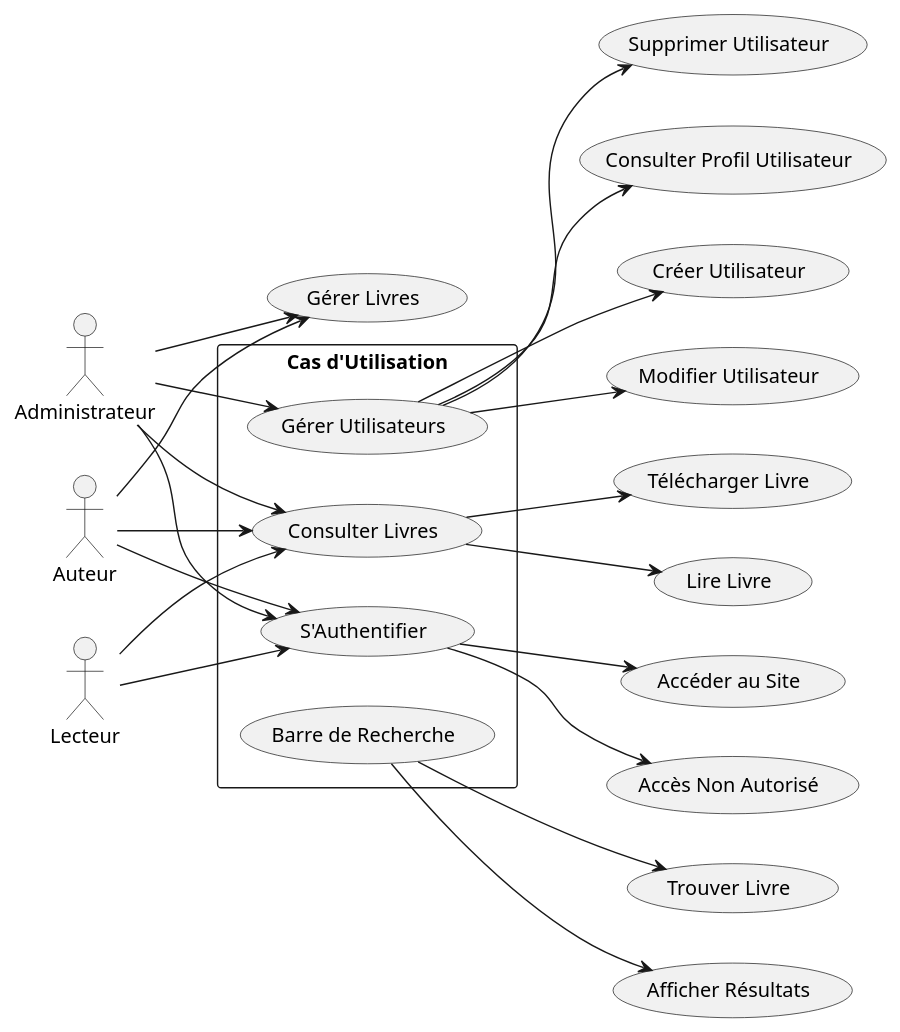
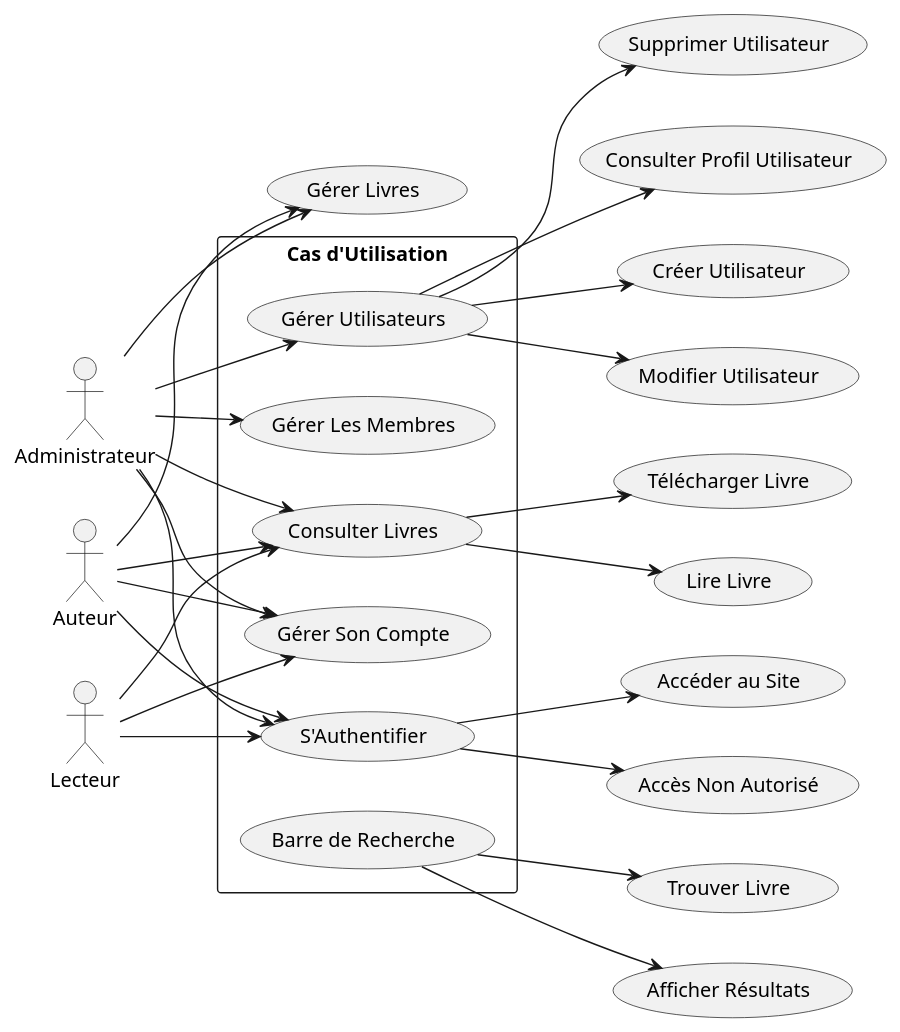
The diagram in adm/analyse/UML/usecasgénéral.puml (rudylopez8/symfoLivre), drawn with PlantUML before and after one commit.

Commit message:
usecasUmlV2

```diff
--- a/adm/analyse/UML/usecasgénéral.puml
+++ b/adm/analyse/UML/usecasgénéral.puml
@@ -1,35 +1,42 @@
 @startuml
+skinparam actorStyle actor
 left to right direction
 actor Auteur as Auteur
 actor Lecteur as Lecteur
 actor Administrateur as Admin
 
 rectangle "Cas d'Utilisation" {
   (S'Authentifier)
   (Gérer Utilisateurs)
   (Consulter Livres)
   (Barre de Recherche)
+  (Gérer Son Compte)
+  (Gérer Les Membres)
 }
 
 Auteur --> (S'Authentifier)
 Auteur --> (Consulter Livres)
 Auteur --> (Gérer Livres)
 Lecteur --> (S'Authentifier)
 Lecteur --> (Consulter Livres)
 Admin --> (S'Authentifier)
 Admin --> (Consulter Livres)
 Admin --> (Gérer Utilisateurs)
 Admin --> (Gérer Livres)
+Auteur --> (Gérer Son Compte)
+Lecteur --> (Gérer Son Compte)
+Admin --> (Gérer Son Compte)
+Admin --> (Gérer Les Membres)
 
 (S'Authentifier) --> (Accéder au Site)
 (S'Authentifier) --> (Accès Non Autorisé)
 (Gérer Utilisateurs) --> (Créer Utilisateur)
 (Gérer Utilisateurs) --> (Modifier Utilisateur)
 (Gérer Utilisateurs) --> (Supprimer Utilisateur)
 (Gérer Utilisateurs) --> (Consulter Profil Utilisateur)
 (Consulter Livres) --> (Télécharger Livre)
 (Consulter Livres) --> (Lire Livre)
 (Barre de Recherche) --> (Trouver Livre)
 (Barre de Recherche) --> (Afficher Résultats)
 
 @enduml
```
